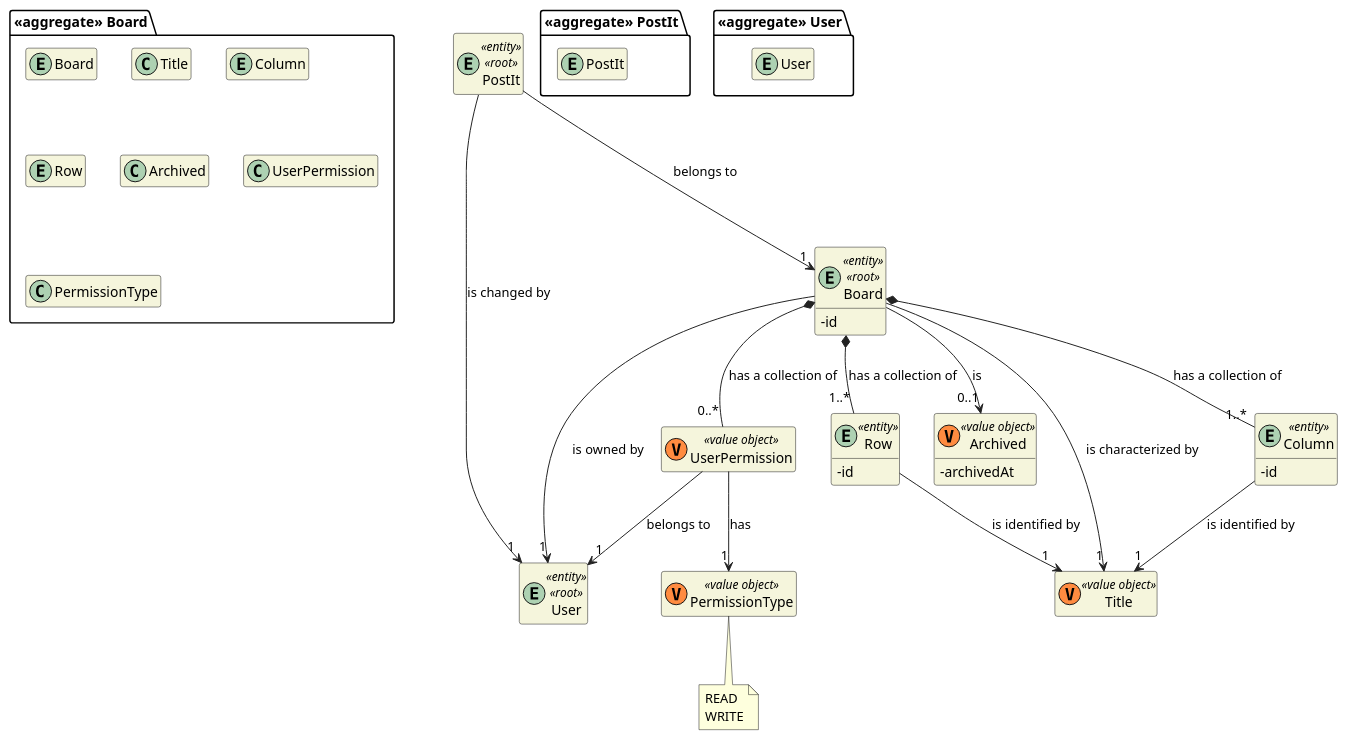
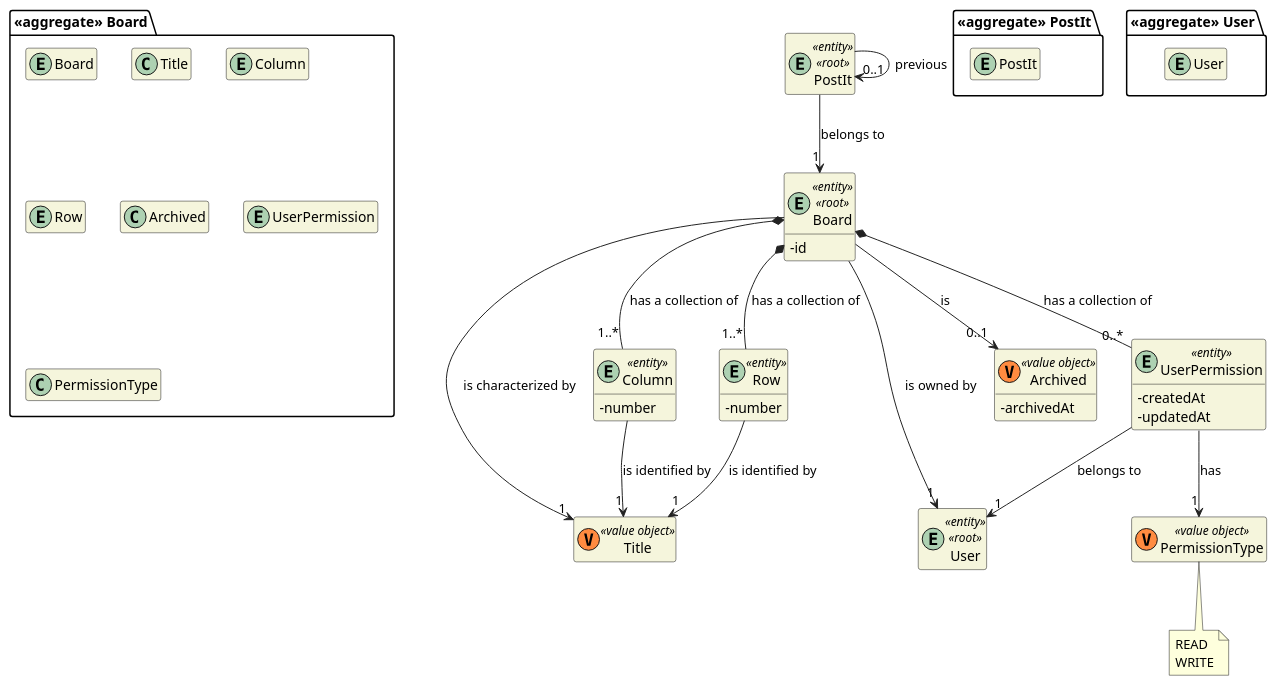
The diagram in docs/dm/DM_Board.puml (miseEnPlace-dev/lapr4), drawn with PlantUML before and after one commit. The commit also changed 5 other files, not shown here.

```diff
--- a/docs/dm/DM_Board.puml
+++ b/docs/dm/DM_Board.puml
@@ -1,85 +1,87 @@
 @startuml DM-BOARD
 'https://plantuml.com/class-diagram
 
 skinparam classAttributeIconSize 0
 hide empty attributes
 hide empty methods
 skinparam classBackgroundColor beige
 skinparam ArrowColor #222222
 
 package "<<aggregate>> Board" {
   entity Board
 
   class Title
   entity Column
   entity Row
 
   class Archived
 
-  class UserPermission
+  entity UserPermission
 
   class PermissionType
 }
 
 package "<<aggregate>> PostIt" {
   entity PostIt
 }
 
 package "<<aggregate>> User" {
   entity User
 }
 
 entity PostIt <<entity>> <<root>> {
 }
 
 entity User <<entity>> <<root>> {
 }
 
 entity Board <<entity>> <<root>> {
   - id
 }
 
 entity Column <<entity>> {
-  - id
+  - number
 }
 
 entity Row <<entity>> {
-  - id
+  - number
 }
 
 class Title <<(V,#FF8B40) value object>> {}
 
 class Archived <<(V,#FF8B40) value object>> {
   - archivedAt
 }
 
-class UserPermission <<(V,#FF8B40) value object>> {
+entity UserPermission <<entity>> {
+  -createdAt
+  -updatedAt
 }
 
 class PermissionType <<(V,#FF8B40) value object>> {
 }
 
 note bottom of PermissionType
   READ
   WRITE
 end note
 
 Board --> "1" Title : is characterized by
 Board *-- "1..*" Column : has a collection of
 Board *-- "1..*" Row : has a collection of
 Board *-- "0..*" UserPermission : has a collection of
 
 UserPermission --> "1" PermissionType : has
 UserPermission --> "1" User : belongs to
 
 Row --> "1" Title : is identified by
 
 Column --> "1" Title : is identified by
 
 Board --> "1" User : is owned by
 Board --> "0..1" Archived : is
 
-PostIt ---> "1" User : is changed by
-PostIt ---> "1" Board : belongs to
+PostIt --> "1" Board : belongs to
+PostIt --> "0..1" PostIt : previous
 
 @enduml
```
